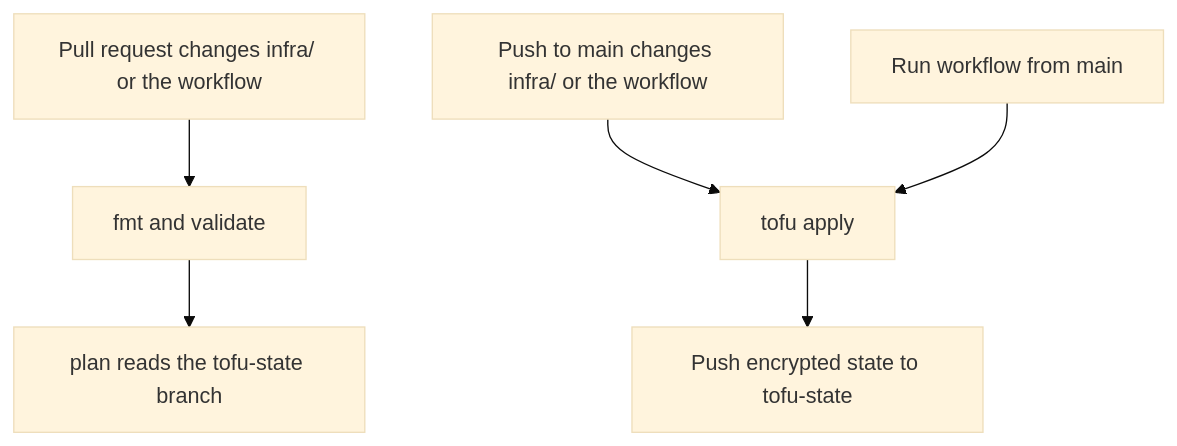
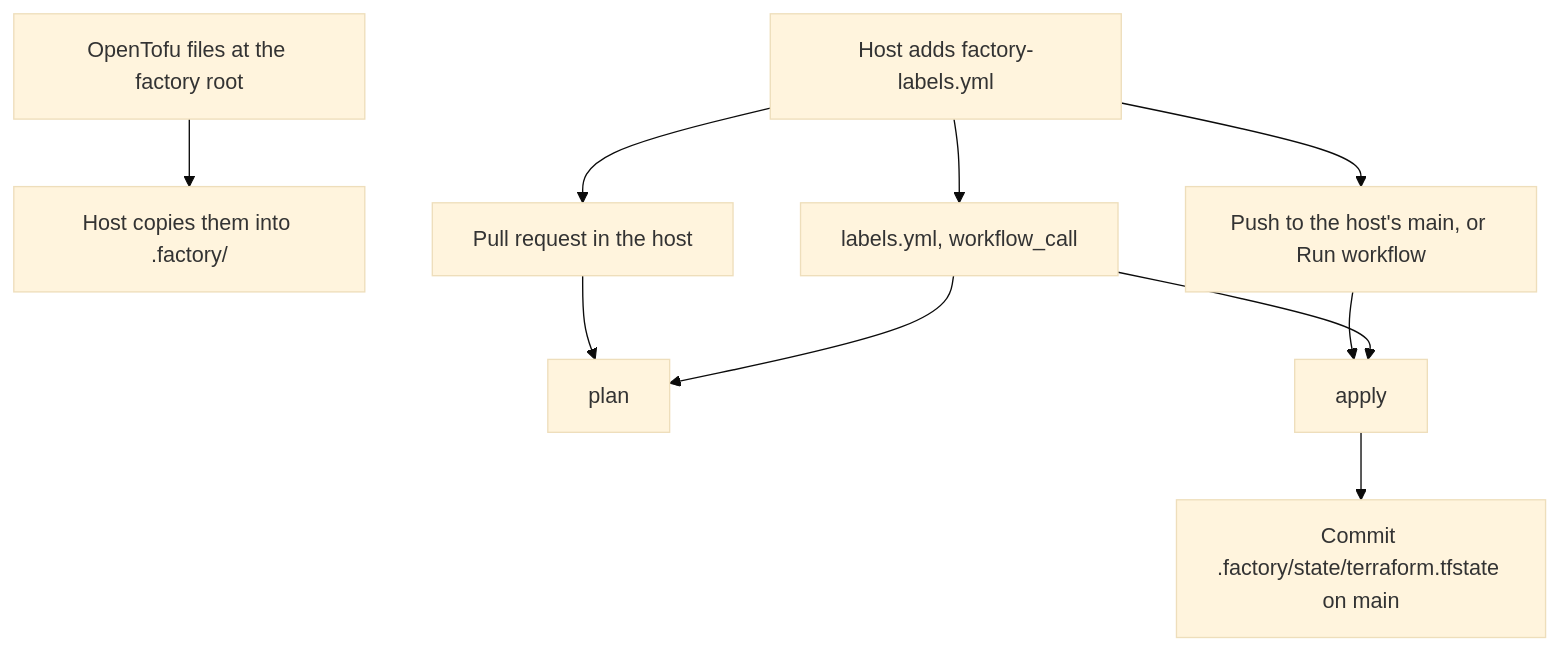
One commit to TigranOhanyan/github-cursor-factory changed the diagram in README.md. Above: the diagram before and after it, drawn with Mermaid (base theme). The commit also changed other lines of this file and 9 other files, not shown here.

First line of the commit message:
Publish issue labels as a reusable host workflow

````diff
--- a/README.md
+++ b/README.md
@@ -62,8 +38,12 @@
 ```mermaid
 flowchart TD
-  pr["Pull request changes infra/ or the workflow"] --> fmt["fmt and validate"]
-  fmt --> plan["plan reads the tofu-state branch"]
-  main["Push to main changes infra/ or the workflow"] --> apply["tofu apply"]
-  manual["Run workflow from main"] --> apply
-  apply --> branch["Push encrypted state to tofu-state"]
+  files["OpenTofu files at the factory root"] --> dotfactory["Host copies them into .factory/"]
+  caller["Host adds factory-labels.yml"] --> called["labels.yml, workflow_call"]
+  pr["Pull request in the host"] --> plan["plan"]
+  main["Push to the host's main, or Run workflow"] --> apply["apply"]
+  caller --> pr
+  caller --> main
+  called --> plan
+  called --> apply
+  apply --> state["Commit .factory/state/terraform.tfstate on main"]
 ```
````
